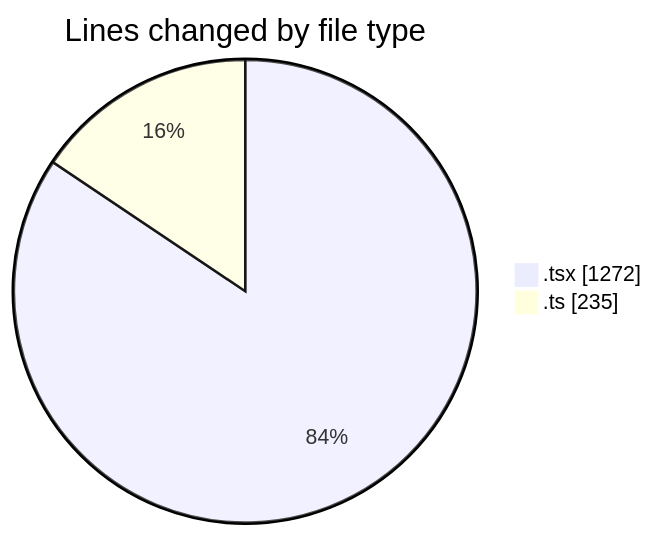
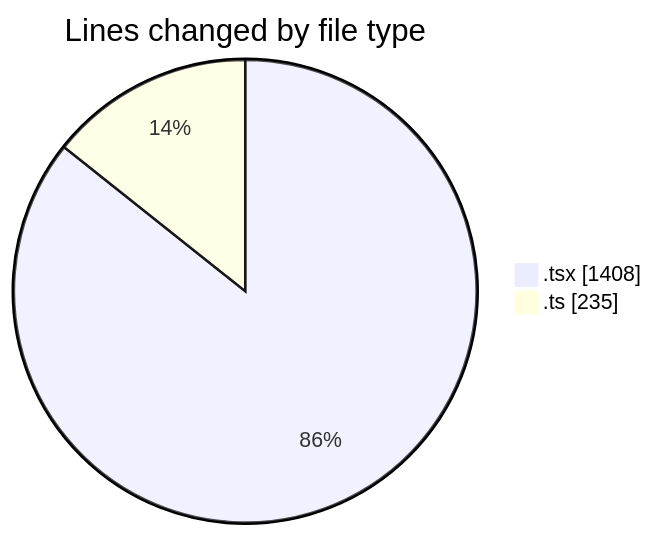
The first of 2 diagrams in 2025-09-15/cda/README.md (momahboobian/code-tracking), drawn with Mermaid before and after one commit. The commit also changed other lines of this file and 1 other file, not shown here.

````diff
--- a/2025-09-15/cda/README.md
+++ b/2025-09-15/cda/README.md
@@ -22,6 +23,6 @@
 ```mermaid
 pie showData
 title Lines changed by file type
-".tsx" : 1272
+".tsx" : 1408
 ".ts" : 235
 ```
````
